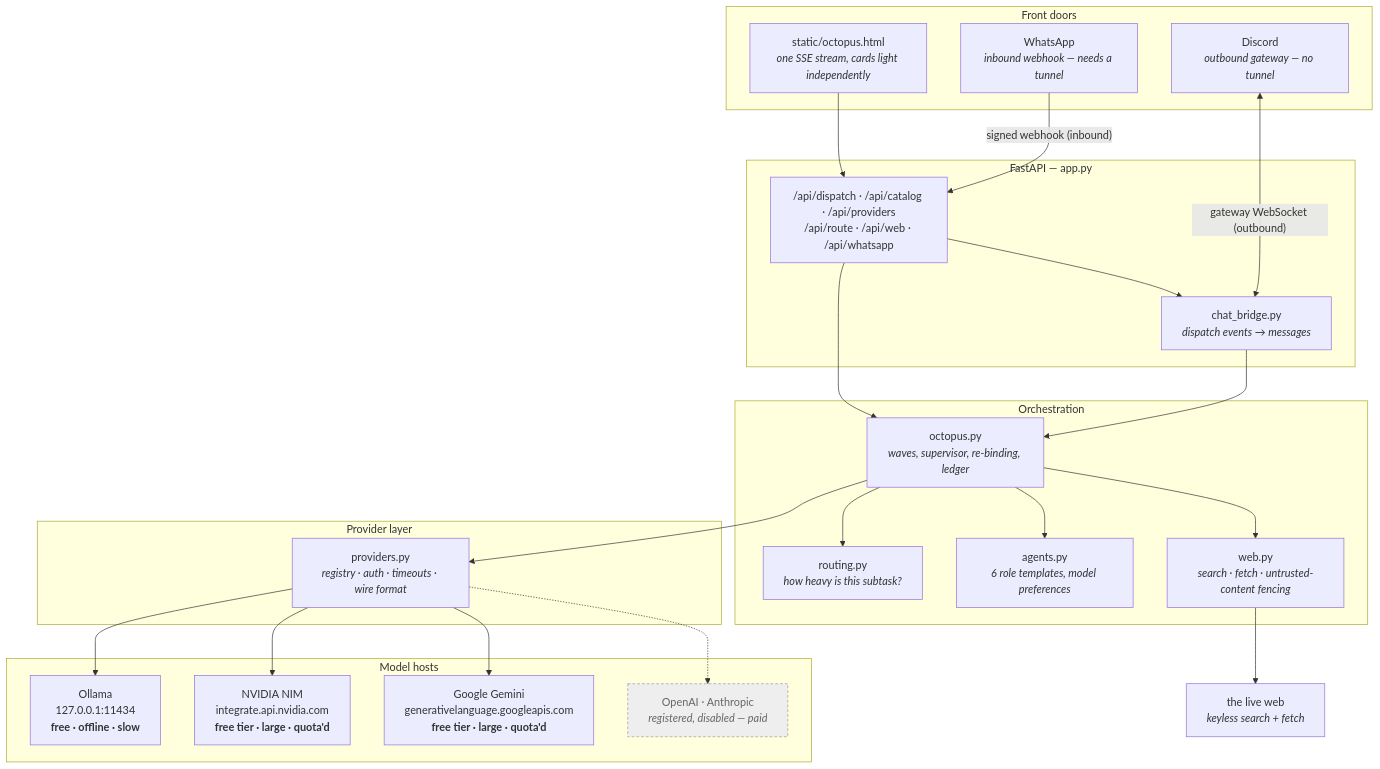
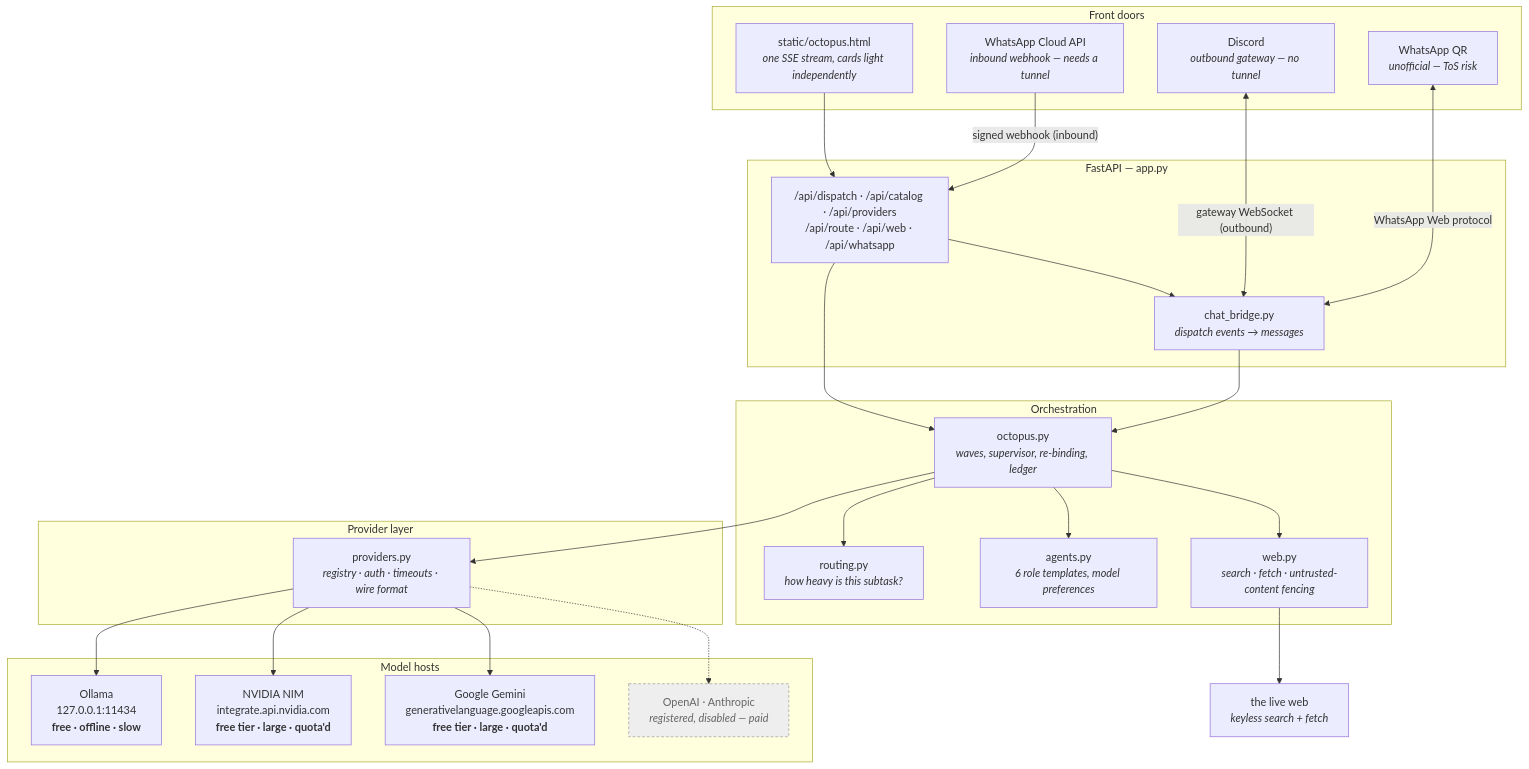
One commit to Bablu-singh/octopus-nim changed the first of 6 diagrams in docs/ARCHITECTURE.md. Above: the diagram before and after it, drawn with Mermaid. The commit also changed other lines of this file and 7 other files, not shown here.

First line of the commit message:
Add QR-scan WhatsApp, off behind two switches

````diff
--- a/docs/ARCHITECTURE.md
+++ b/docs/ARCHITECTURE.md
@@ -23,48 +23,50 @@
 ```mermaid
 flowchart TB
     subgraph clients["Front doors"]
         UI["static/octopus.html<br/><i>one SSE stream, cards light independently</i>"]
         DC["Discord<br/><i>outbound gateway — no tunnel</i>"]
-        WA["WhatsApp<br/><i>inbound webhook — needs a tunnel</i>"]
+        WA["WhatsApp Cloud API<br/><i>inbound webhook — needs a tunnel</i>"]
+        WQ["WhatsApp QR<br/><i>unofficial — ToS risk</i>"]
     end
 
     subgraph server["FastAPI — app.py"]
         API["/api/dispatch · /api/catalog · /api/providers<br>/api/route · /api/web · /api/whatsapp"]
         BR["chat_bridge.py<br/><i>dispatch events → messages</i>"]
     end
 
     subgraph brain["Orchestration"]
         OCT["octopus.py<br/><i>waves, supervisor, re-binding, ledger</i>"]
         ROUTE["routing.py<br/><i>how heavy is this subtask?</i>"]
         AG["agents.py<br/><i>6 role templates, model preferences</i>"]
         WEB["web.py<br/><i>search · fetch · untrusted-content fencing</i>"]
     end
 
     subgraph transport["Provider layer"]
         PROV["providers.py<br/><i>registry · auth · timeouts · wire format</i>"]
     end
 
     subgraph outside["Model hosts"]
         LOCAL["Ollama<br/>127.0.0.1:11434<br/><b>free · offline · slow</b>"]
         NIM["NVIDIA NIM<br/>integrate.api.nvidia.com<br/><b>free tier · large · quota'd</b>"]
         GEM["Google Gemini<br/>generativelanguage.googleapis.com<br/><b>free tier · large · quota'd</b>"]
         FUTURE["OpenAI · Anthropic<br/><i>registered, disabled — paid</i>"]
     end
 
     UI --> API --> OCT
     WA -->|"signed webhook (inbound)"| API --> BR
     DC <-->|"gateway WebSocket (outbound)"| BR
+    WQ <-->|"WhatsApp Web protocol"| BR
     BR --> OCT
     OCT --> ROUTE
     OCT --> AG
     OCT --> WEB
     OCT --> PROV
     WEB --> INET["the live web<br/><i>keyless search + fetch</i>"]
     PROV --> LOCAL
     PROV --> NIM
     PROV --> GEM
     PROV -.-> FUTURE
 
     classDef off fill:#eee,stroke:#999,color:#666,stroke-dasharray:4 3
     class FUTURE off
 ```
````
